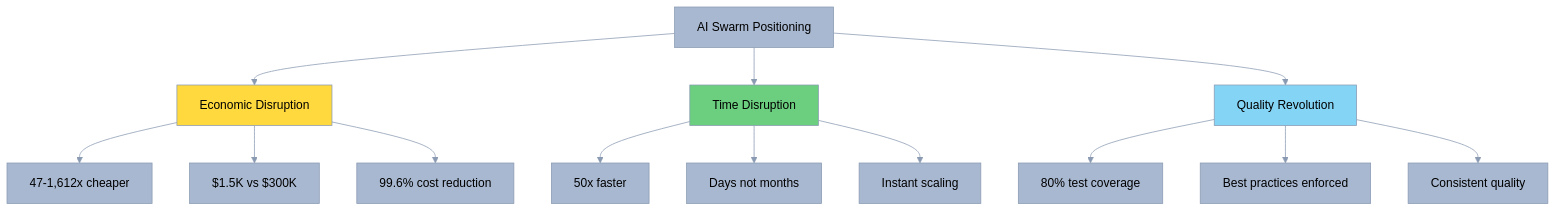
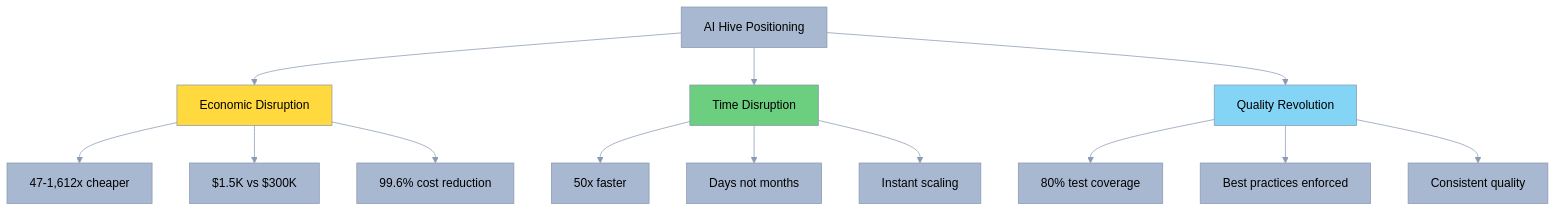
One commit to o2alexanderfedin/AI-Hive-Business-Docs changed the ninth of 10 diagrams in business-documents/competitive-positioning/01-positioning-strategy.md. Above: the diagram before and after it, drawn with Mermaid. The commit also changed other lines of this file and 22 other files, not shown here.

First line of the commit message:
Replace all references from 'AI Swarm' to 'AI Hive' across project

````diff
--- a/business-documents/competitive-positioning/01-positioning-strategy.md
+++ b/business-documents/competitive-positioning/01-positioning-strategy.md
@@ -636,34 +636,34 @@
 ```mermaid
 %%{init: {
   'theme': 'base',
   'themeVariables': {
     'primaryColor': '#A8B8D0',
     'primaryTextColor': '#000000',
     'primaryBorderColor': '#8A9AB2',
     'lineColor': '#8A9AB2',
     'secondaryColor': '#5DBCB6',
     'tertiaryColor': '#84D4F5',
     'background': '#F5F5F5'
   }
 }}%%
 graph TD
-    A[AI Swarm Positioning] --> B[Economic Disruption]
+    A[AI Hive Positioning] --> B[Economic Disruption]
     A --> C[Time Disruption]
     A --> D[Quality Revolution]
 
     B --> B1[47-1,612x cheaper]
     B --> B2[$1.5K vs $300K]
     B --> B3[99.6% cost reduction]
 
     C --> C1[50x faster]
     C --> C2[Days not months]
     C --> C3[Instant scaling]
 
     D --> D1[80% test coverage]
     D --> D2[Best practices enforced]
     D --> D3[Consistent quality]
 
     style B fill:#FFD93D,color:#000
     style C fill:#6BCF7F,color:#000
     style D fill:#84D4F5,color:#000
 ```
````
